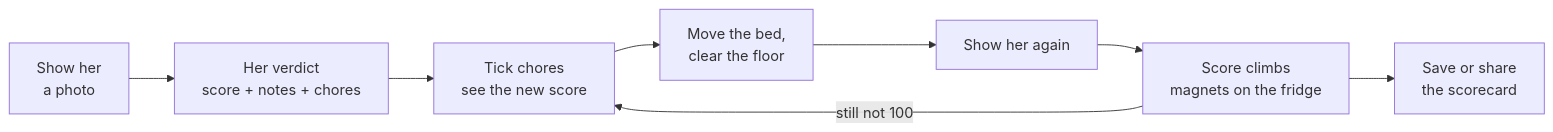
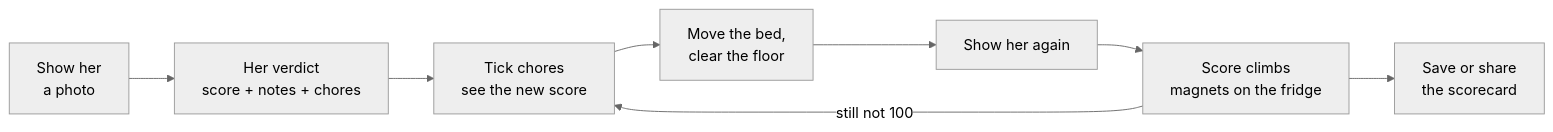
Before and after one commit to KarthikSubramanian07/Grandma-Wei: the third of 3 diagrams in README.md, drawn with Mermaid. The commit also changed other lines of this file, not shown here.

Commit message:
Use Mermaid's neutral theme and a vertical architecture diagram

````diff
--- a/README.md
+++ b/README.md
@@ -112,10 +114,11 @@
 ```mermaid
+%%{init: {'theme': 'neutral'}}%%
 flowchart LR
   A["Show her<br/>a photo"] --> B["Her verdict<br/>score + notes + chores"]
   B --> C["Tick chores<br/>see the new score"]
   C --> D["Move the bed,<br/>clear the floor"]
   D --> E["Show her again"]
   E --> F["Score climbs<br/>magnets on the fridge"]
   F --> G["Save or share<br/>the scorecard"]
   F -- "still not 100" --> C
 ```
````
